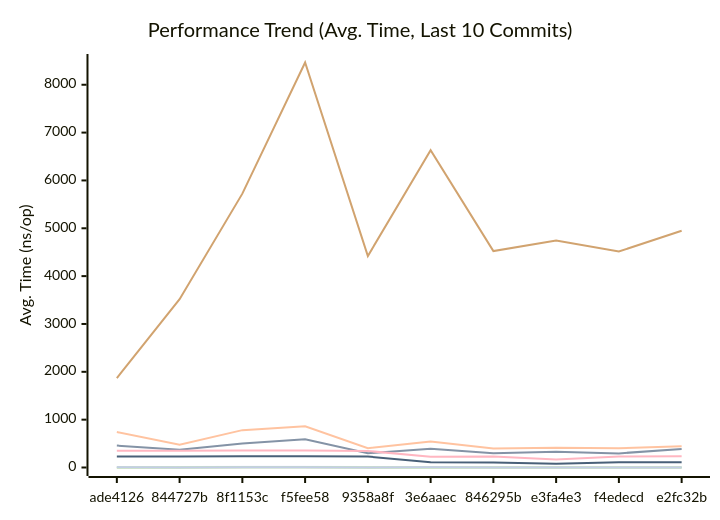
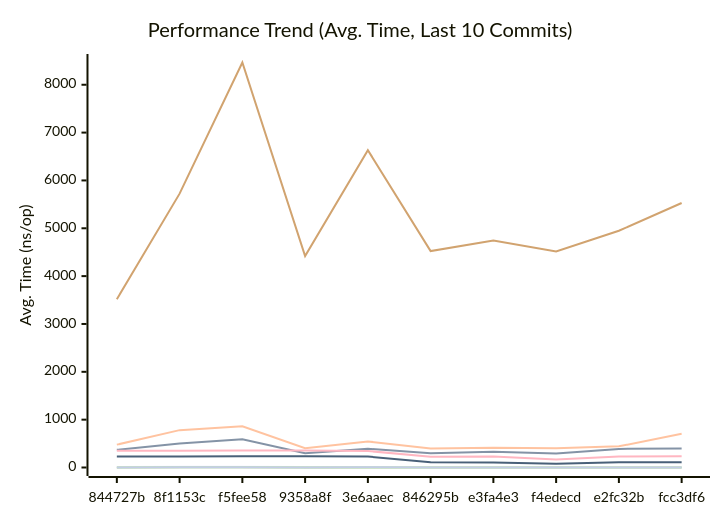
One commit to alsotoes/momo changed the first of 3 diagrams in docs/PERFORMANCE.md. Above: the diagram before and after it, drawn with Mermaid. The commit also changed other lines of this file and 5 other files, not shown here.

````diff
--- a/docs/PERFORMANCE.md
+++ b/docs/PERFORMANCE.md
@@ -80,16 +80,16 @@
 ```mermaid
 xychart-beta
     title "Performance Trend (Avg. Time, Last 10 Commits)"
     x-axis "Commit"
     y-axis "Avg. Time (ns/op)"
-    x-axis [ade4126,844727b,8f1153c,f5fee58,9358a8f,3e6aaec,846295b,e3fa4e3,f4edecd,e2fc32b]
-    line "CheckMetricsAndSwap" [13,10,15,14,8,11,8,8,9,13]
-    line "CrushOptimized" [458,370,501,592,298,393,297,329,295,389]
-    line "CrushOriginal" [740,478,781,860,403,545,396,415,403,442]
-    line "IndexDirectTracking" [1,0,1,1,0,0,0,0,0,0]
-    line "IndexSearch" [2,2,3,3,2,2,2,2,2,2]
-    line "LoadGlobalConfig" [1870,3519,5724,8465,4420,6633,4524,4742,4516,4948]
-    line "PadString" [3,2,3,3,2,3,2,2,2,2]
+    x-axis [844727b,8f1153c,f5fee58,9358a8f,3e6aaec,846295b,e3fa4e3,f4edecd,e2fc32b,fcc3df6]
+    line "CheckMetricsAndSwap" [10,15,14,8,11,8,8,9,13,9]
+    line "CrushOptimized" [370,501,592,298,393,297,329,295,389,396]
+    line "CrushOriginal" [478,781,860,403,545,396,415,403,442,705]
+    line "IndexDirectTracking" [0,1,1,0,0,0,0,0,0,0]
+    line "IndexSearch" [2,3,3,2,2,2,2,2,2,2]
+    line "LoadGlobalConfig" [3519,5724,8465,4420,6633,4524,4742,4516,4948,5528]
+    line "PadString" [2,3,3,2,3,2,2,2,2,2]
     line "ParseReplicationOrder_NoPrealloc" [350,349,357,354,345,225,229,165,232,234]
     line "ParseReplicationOrder_Prealloc" [229,231,237,234,229,108,107,80,110,109]
 ```
````
